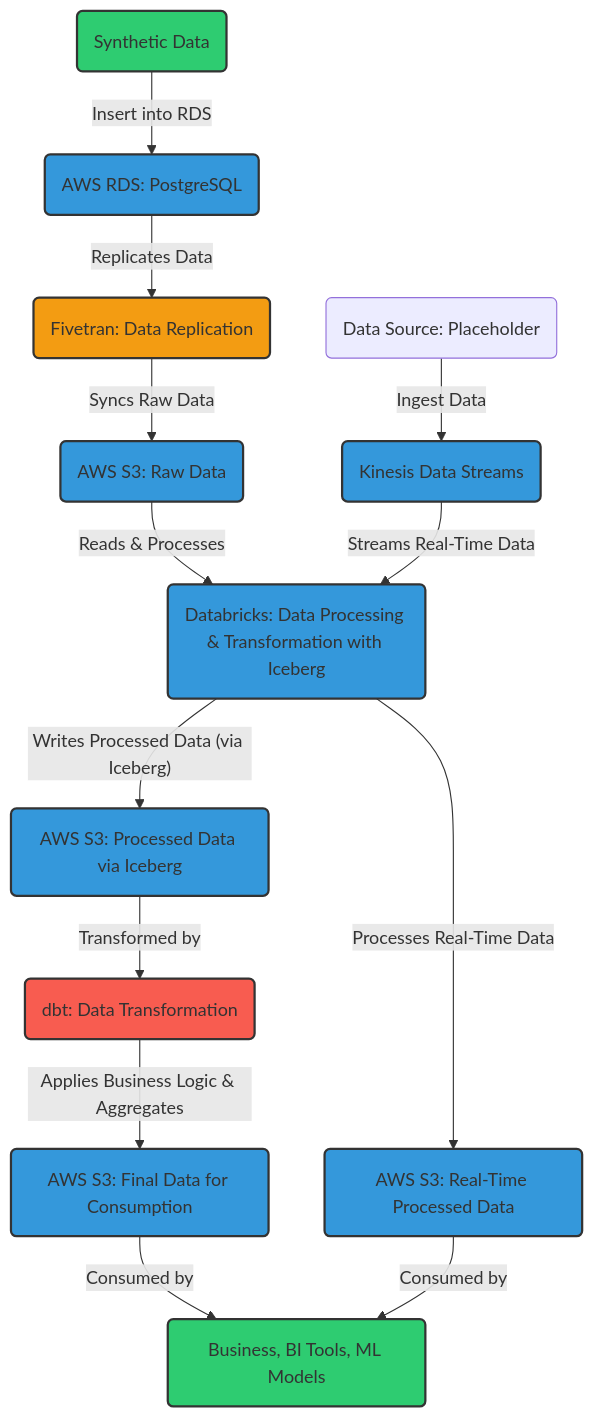
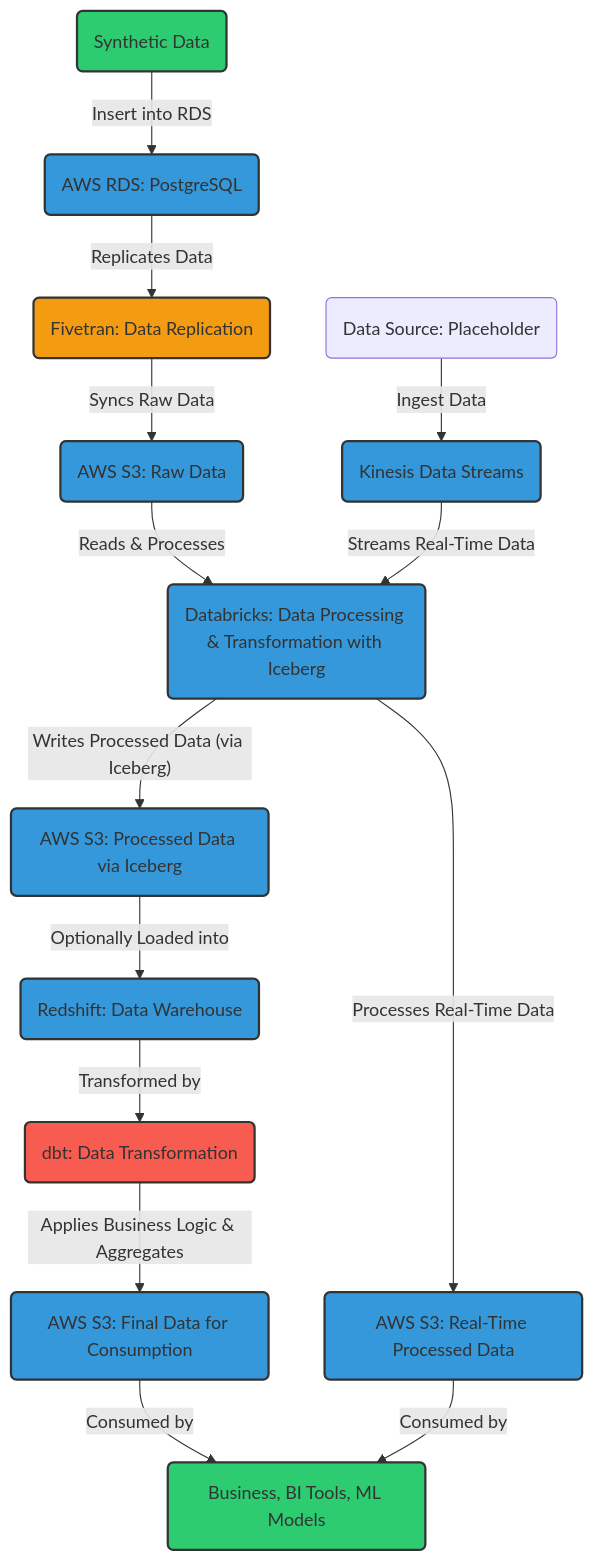
One commit to alanjklim/projects changed the diagram in modern_etl_pipeline/README.md. Above: the diagram before and after it, drawn with Mermaid.

````diff
--- a/modern_etl_pipeline/README.md
+++ b/modern_etl_pipeline/README.md
@@ -13,33 +13,35 @@
 ```mermaid
 graph TD;
     Synthetic_Data[Synthetic Data] -- Insert into RDS --> AWS_RDS;
     AWS_RDS -- Replicates Data --> Fivetran;
     Fivetran -- Syncs Raw Data --> AWS_S3_Raw;
     AWS_S3_Raw(AWS S3: Raw Data) -- Reads & Processes --> Databricks;
     Databricks -- Writes Processed Data (via Iceberg) --> AWS_S3_Processed;
-    AWS_S3_Processed(AWS S3: Processed Data via Iceberg) -- Transformed by --> dbt;
+    AWS_S3_Processed(AWS S3: Processed Data via Iceberg) -- Optionally Loaded into --> Redshift;
+    Redshift(Redshift: Data Warehouse) -- Transformed by --> dbt;
     dbt -- Applies Business Logic & Aggregates --> AWS_S3_Final;
     AWS_S3_Final(AWS S3: Final Data for Consumption) -- Consumed by --> Data_Consumers;
 
     Source(Data Source: Placeholder) -- Ingest Data --> Kinesis;
     Kinesis(Kinesis Data Streams) -- Streams Real-Time Data --> Databricks;
     Databricks -- Processes Real-Time Data --> AWS_S3_RealTime;
     AWS_S3_RealTime(AWS S3: Real-Time Processed Data) -- Consumed by --> Data_Consumers;
 
     classDef awsColor fill:#3498DB,stroke:#333,stroke-width:2px;
     classDef fivetranColor fill:#F39C12,stroke:#333,stroke-width:2px;
     classDef dbtColor fill:#F85C50,stroke:#333,stroke-width:2px;
     classDef generalColor fill:#2ECC71,stroke:#333,stroke-width:2px;
 
     Synthetic_Data(Synthetic Data):::generalColor;
     AWS_RDS(AWS RDS: PostgreSQL):::awsColor;
     Fivetran(Fivetran: Data Replication):::fivetranColor;
     AWS_S3_Raw(AWS S3: Raw Data):::awsColor;
     Databricks(Databricks: Data Processing & Transformation with Iceberg):::awsColor;
     AWS_S3_Processed(AWS S3: Processed Data via Iceberg):::awsColor;
+    Redshift(Redshift: Data Warehouse):::awsColor;
     dbt(dbt: Data Transformation):::dbtColor;
     AWS_S3_Final(AWS S3: Final Data for Consumption):::awsColor;
     AWS_S3_RealTime(AWS S3: Real-Time Processed Data):::awsColor;
     Kinesis(Kinesis Data Streams):::awsColor;
     Data_Consumers(Business, BI Tools, ML Models):::generalColor;
 ```
````
